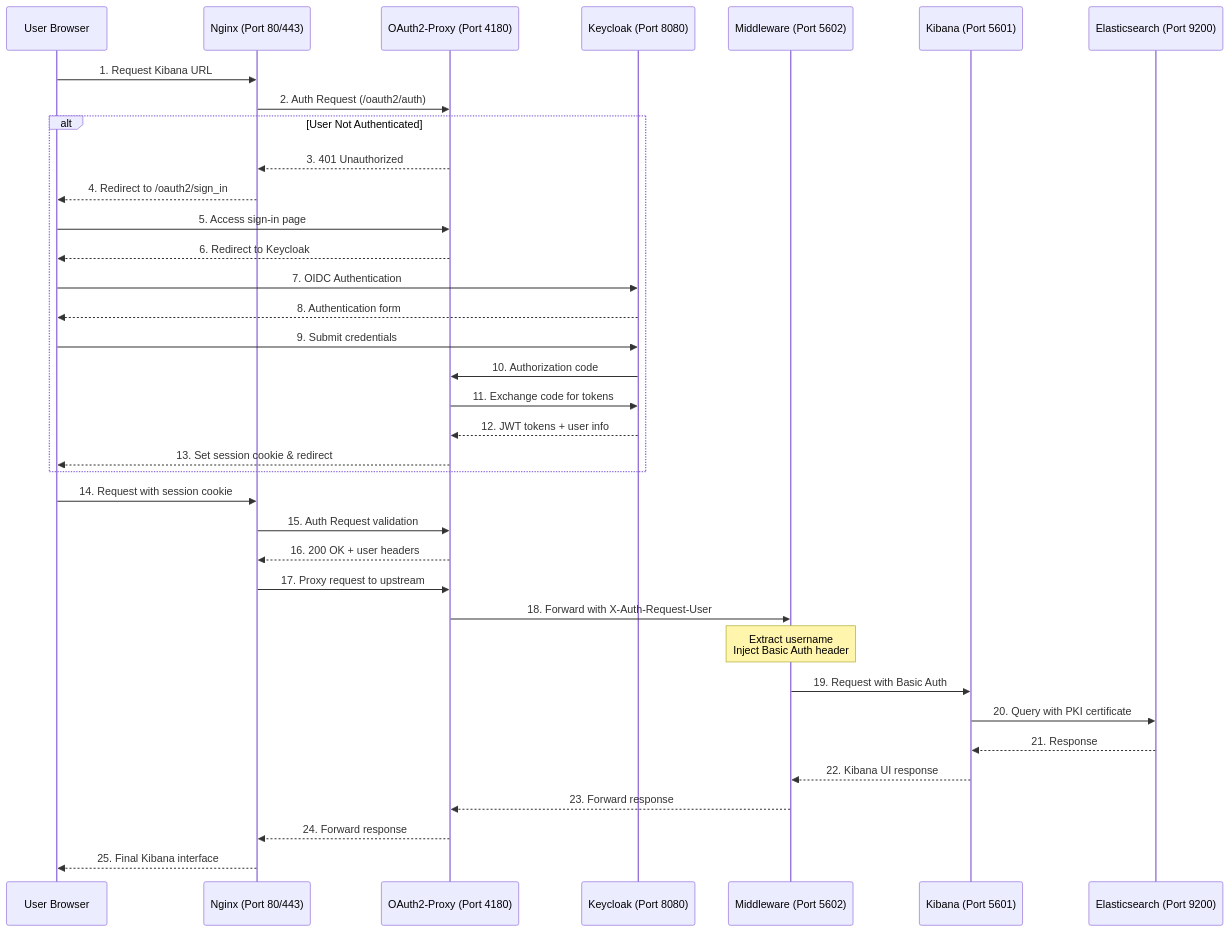
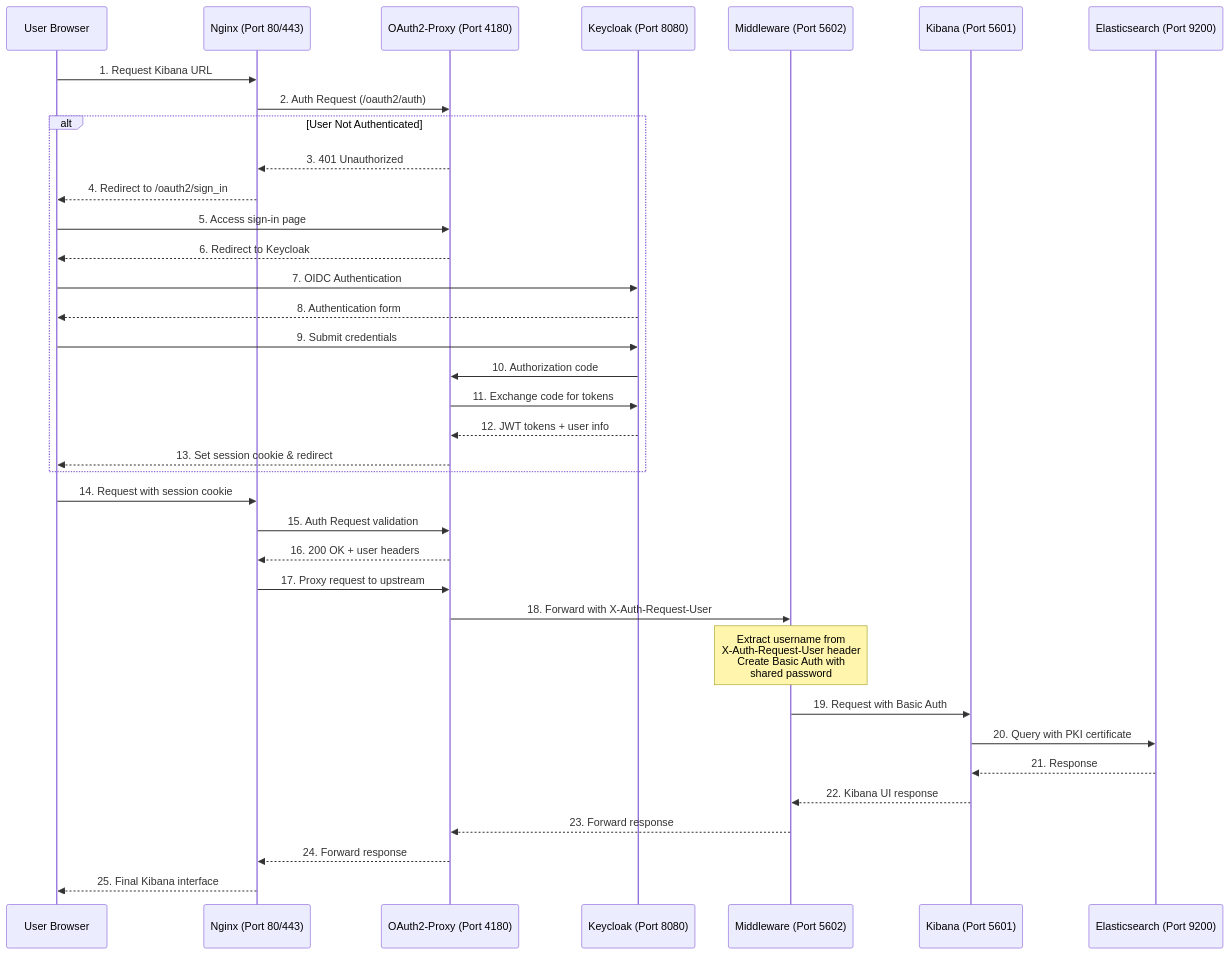
Before and after one commit to ojitha/ojitha.github.io: the first of 2 diagrams in _posts/2025-05-28-ADFS_SSO4Kibana.md, drawn with Mermaid. The commit also changed other lines of this file and 3 other files, not shown here.

````diff
--- a/_posts/2025-05-28-ADFS_SSO4Kibana.md
+++ b/_posts/2025-05-28-ADFS_SSO4Kibana.md
@@ -46,43 +48,43 @@
 ```mermaid
 sequenceDiagram
     participant User as User Browser
     participant Nginx as Nginx (Port 80/443)
     participant OAuth2 as OAuth2-Proxy (Port 4180)
     participant Keycloak as Keycloak (Port 8080)
     participant Middleware as Middleware (Port 5602)
     participant Kibana as Kibana (Port 5601)
     participant ES as Elasticsearch (Port 9200)
 
     User->>Nginx: 1. Request Kibana URL
     Nginx->>OAuth2: 2. Auth Request (/oauth2/auth)
     
     alt User Not Authenticated
         OAuth2-->>Nginx: 3. 401 Unauthorized
         Nginx-->>User: 4. Redirect to /oauth2/sign_in
         User->>OAuth2: 5. Access sign-in page
         OAuth2-->>User: 6. Redirect to Keycloak
         User->>Keycloak: 7. OIDC Authentication
         Keycloak-->>User: 8. Authentication form
         User->>Keycloak: 9. Submit credentials
         Keycloak->>OAuth2: 10. Authorization code
         OAuth2->>Keycloak: 11. Exchange code for tokens
         Keycloak-->>OAuth2: 12. JWT tokens + user info
         OAuth2-->>User: 13. Set session cookie & redirect
     end
     
     User->>Nginx: 14. Request with session cookie
     Nginx->>OAuth2: 15. Auth Request validation
     OAuth2-->>Nginx: 16. 200 OK + user headers
     Nginx->>OAuth2: 17. Proxy request to upstream
     OAuth2->>Middleware: 18. Forward with X-Auth-Request-User
     
-    Note over Middleware: Extract username<br/>Inject Basic Auth header
+    Note over Middleware: Extract username from<br/>X-Auth-Request-User header<br/>Create Basic Auth with<br/>shared password
     
     Middleware->>Kibana: 19. Request with Basic Auth
     Kibana->>ES: 20. Query with PKI certificate
     ES-->>Kibana: 21. Response
     Kibana-->>Middleware: 22. Kibana UI response
     Middleware-->>OAuth2: 23. Forward response
     OAuth2-->>Nginx: 24. Forward response
     Nginx-->>User: 25. Final Kibana interface
 ```
````
